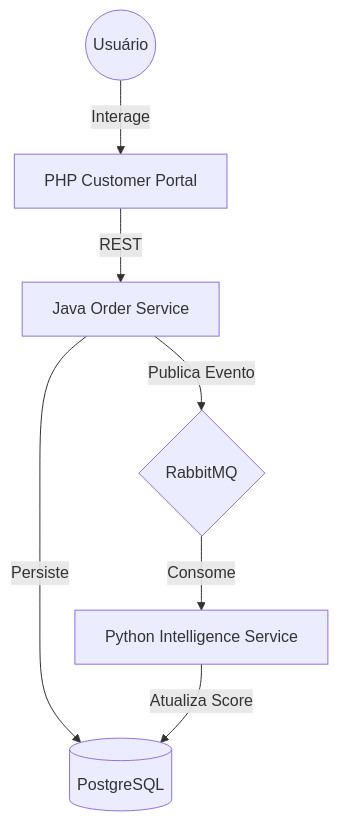
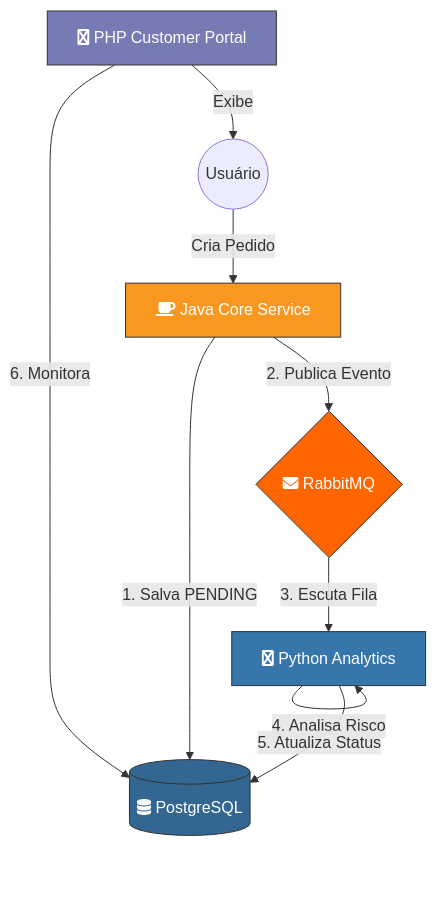
One commit to AllanFelipeReis/polyglot-flow changed the diagram in README.md. Above: the diagram before and after it, drawn with Mermaid. The commit also changed other lines of this file, not shown here.

````diff
--- a/README.md
+++ b/README.md
@@ -30,10 +32,20 @@
 ```mermaid
 graph TD
-    User((Usuário)) -->|Interage| PHP[PHP Customer Portal]
-    PHP -->|REST| Java[Java Order Service]
-    Java -->|Persiste| DB[(PostgreSQL)]
-    Java -->|Publica Evento| RMQ{RabbitMQ}
-    RMQ -->|Consome| Py[Python Intelligence Service]
-    Py -->|Atualiza Score| DB
+    User((Usuário)) -->|Cria Pedido| Java[fa:fa-coffee Java Core Service]
+    Java -->|1. Salva PENDING| DB[(fa:fa-database PostgreSQL)]
+    Java -->|2. Publica Evento| RMQ{fa:fa-envelope RabbitMQ}
+    
+    RMQ -->|3. Escuta Fila| Py[fa:fa-python Python Analytics]
+    Py -->|4. Analisa Risco| Py
+    Py -->|5. Atualiza Status| DB
+    
+    PHP[fa:fa-php PHP Customer Portal] -->|6. Monitora| DB
+    PHP -->|Exibe| User
+
+    style Java fill:#f89820,stroke:#333,color:#fff
+    style Py fill:#3776ab,stroke:#333,color:#fff
+    style PHP fill:#777bb4,stroke:#333,color:#fff
+    style RMQ fill:#ff6600,stroke:#333,color:#fff
+    style DB fill:#336791,stroke:#333,color:#fff
 
 ```
````
